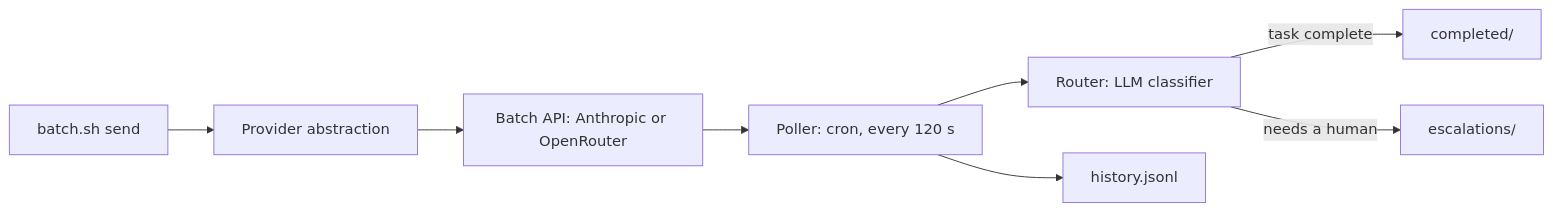
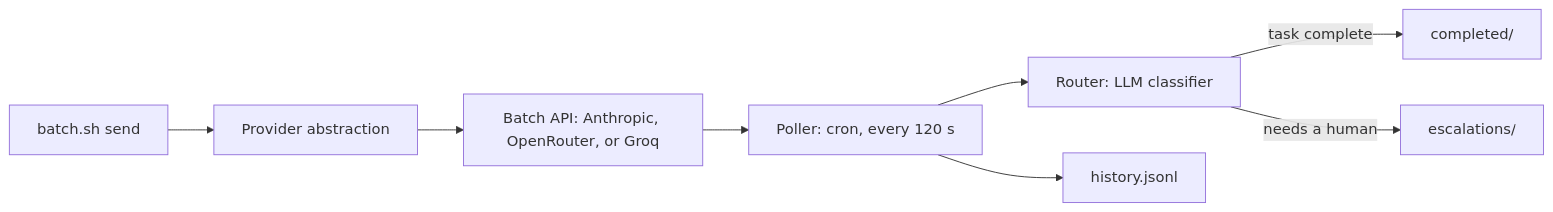
The diagram in README.md (Hello-My-Name-Is-Kay/Batch-Processing-Helper), drawn with Mermaid before and after one commit. The commit also changed other lines of this file and 4 other files, not shown here.

````diff
--- a/README.md
+++ b/README.md
@@ -13,10 +15,10 @@
 ```mermaid
 flowchart LR
     A[batch.sh send] --> B[Provider abstraction]
-    B --> C[Batch API: Anthropic or OpenRouter]
+    B --> C[Batch API: Anthropic, OpenRouter, or Groq]
     C --> D[Poller: cron, every 120 s]
     D --> E[Router: LLM classifier]
     E -->|task complete| F[completed/]
     E -->|needs a human| G[escalations/]
     D --> I[history.jsonl]
 ```
````
